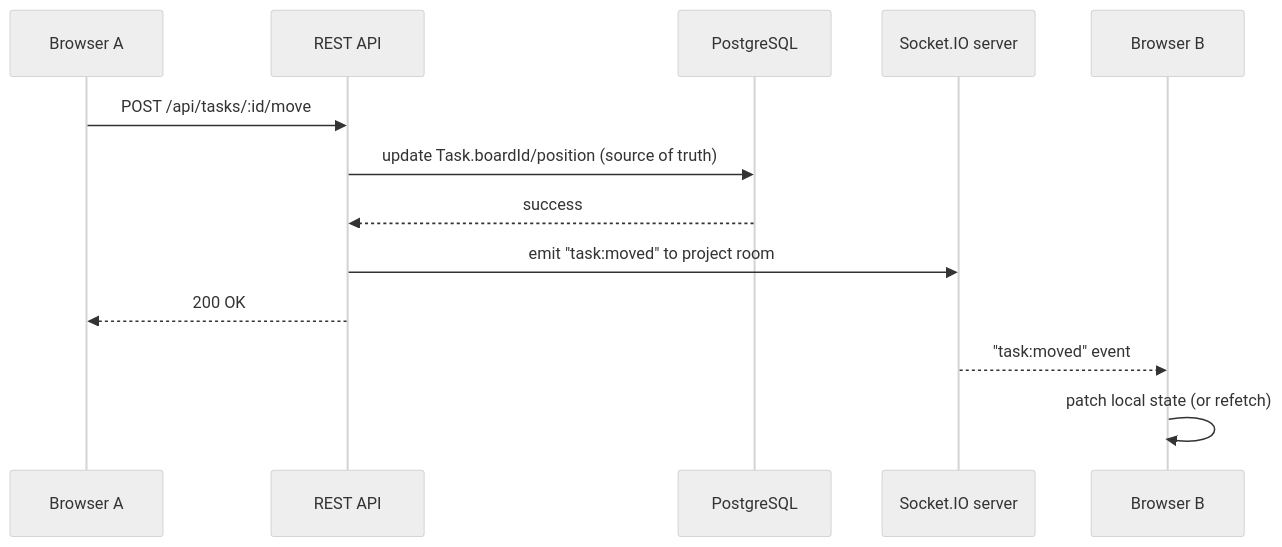
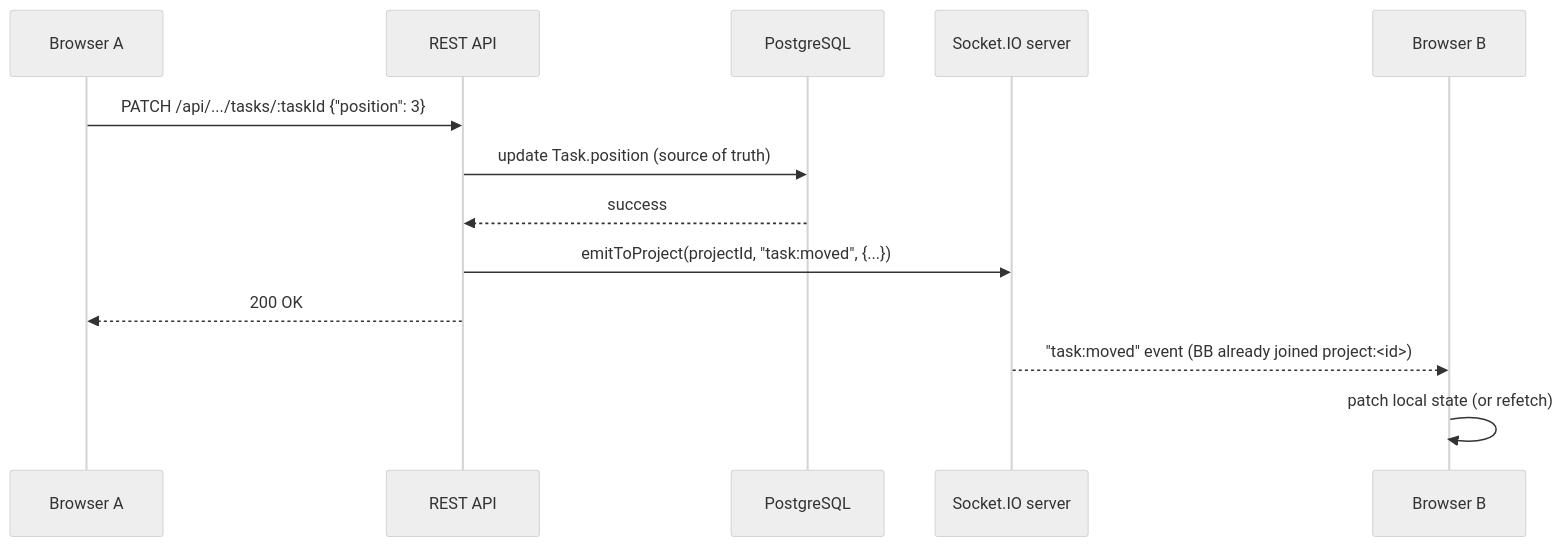
The fifth of 5 diagrams in Task3/docs/ARCHITECTURE.md (harsha282004/CodeAlpha_FullStack_Internship), drawn with Mermaid (neutral theme) before and after one commit. The commit also changed other lines of this file and 26 other files, not shown here.

````diff
--- a/Task3/docs/ARCHITECTURE.md
+++ b/Task3/docs/ARCHITECTURE.md
@@ -400,16 +427,16 @@
 ```mermaid
 sequenceDiagram
     participant BA as Browser A
     participant API as REST API
     participant DB as PostgreSQL
     participant IO as Socket.IO server
     participant BB as Browser B
 
-    BA->>API: POST /api/tasks/:id/move
-    API->>DB: update Task.boardId/position (source of truth)
+    BA->>API: PATCH /api/.../tasks/:taskId {"position": 3}
+    API->>DB: update Task.position (source of truth)
     DB-->>API: success
-    API->>IO: emit "task:moved" to project room
+    API->>IO: emitToProject(projectId, "task:moved", {...})
     API-->>BA: 200 OK
-    IO-->>BB: "task:moved" event
+    IO-->>BB: "task:moved" event (BB already joined project:<id>)
     BB->>BB: patch local state (or refetch)
 ```
````
